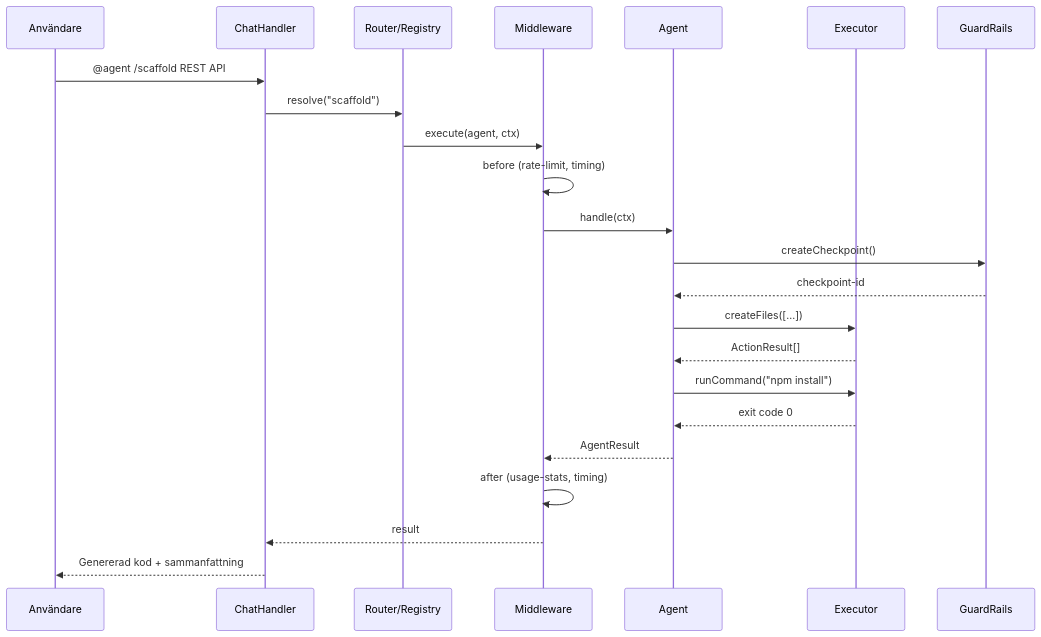
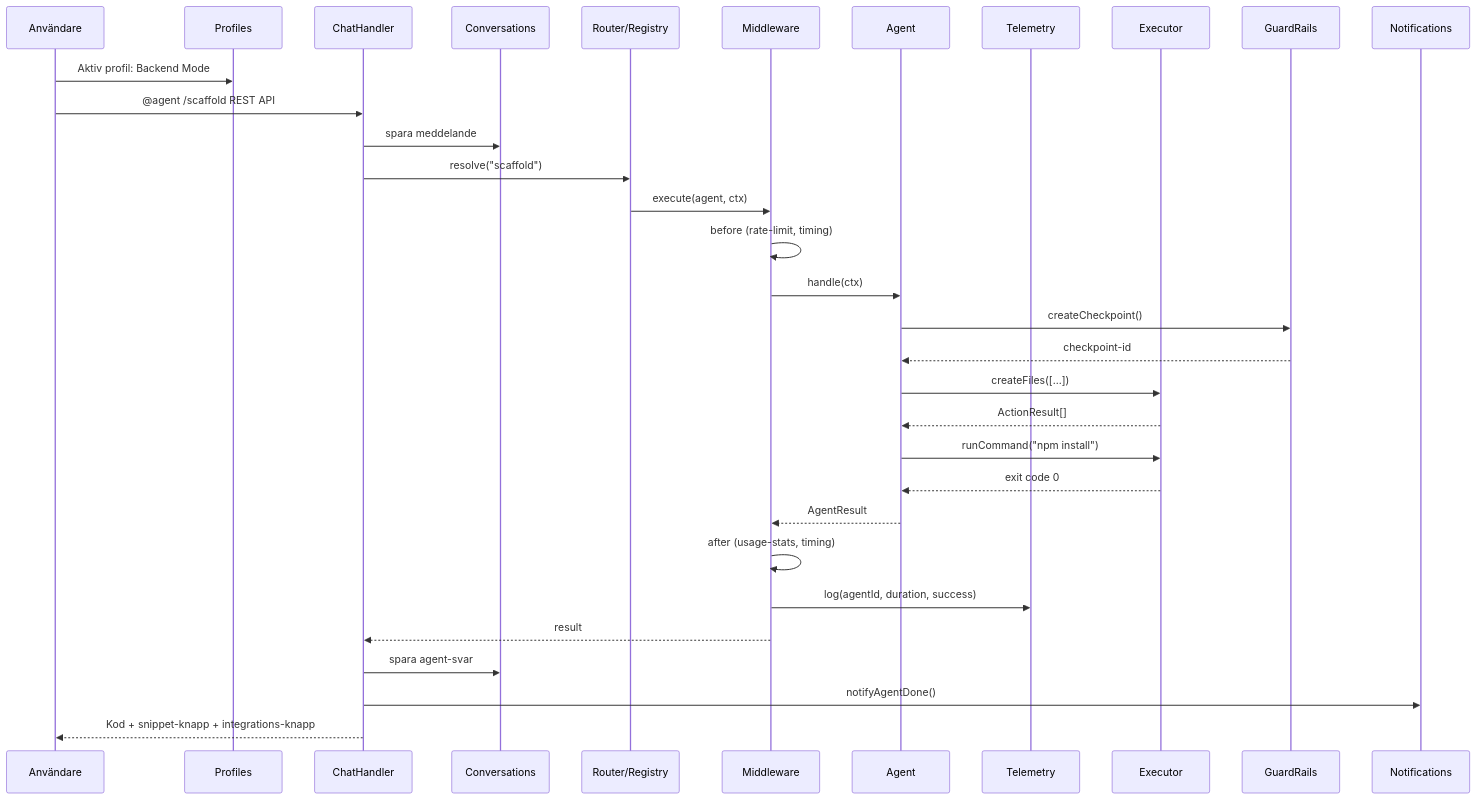
Before and after one commit to ashsolei/vscode-agent: the second of 2 diagrams in README.md, drawn with Mermaid. The commit also changed other lines of this file, not shown here.

Commit message:
docs: update README with all features, commands, architecture diagram

````diff
--- a/README.md
+++ b/README.md
@@ -232,26 +362,35 @@
 ```mermaid
 sequenceDiagram
     participant U as Användare
+    participant P as Profiles
     participant H as ChatHandler
+    participant C as Conversations
     participant R as Router/Registry
     participant MW as Middleware
     participant A as Agent
+    participant T as Telemetry
     participant E as Executor
     participant G as GuardRails
+    participant N as Notifications
 
+    U->>P: Aktiv profil: Backend Mode
     U->>H: @agent /scaffold REST API
+    H->>C: spara meddelande
     H->>R: resolve("scaffold")
     R->>MW: execute(agent, ctx)
     MW->>MW: before (rate-limit, timing)
     MW->>A: handle(ctx)
     A->>G: createCheckpoint()
     G-->>A: checkpoint-id
     A->>E: createFiles([...])
     E-->>A: ActionResult[]
     A->>E: runCommand("npm install")
     E-->>A: exit code 0
     A-->>MW: AgentResult
     MW->>MW: after (usage-stats, timing)
+    MW->>T: log(agentId, duration, success)
     MW-->>H: result
-    H-->>U: Genererad kod + sammanfattning
+    H->>C: spara agent-svar
+    H->>N: notifyAgentDone()
+    H-->>U: Kod + snippet-knapp + integrations-knapp
 ```
````
